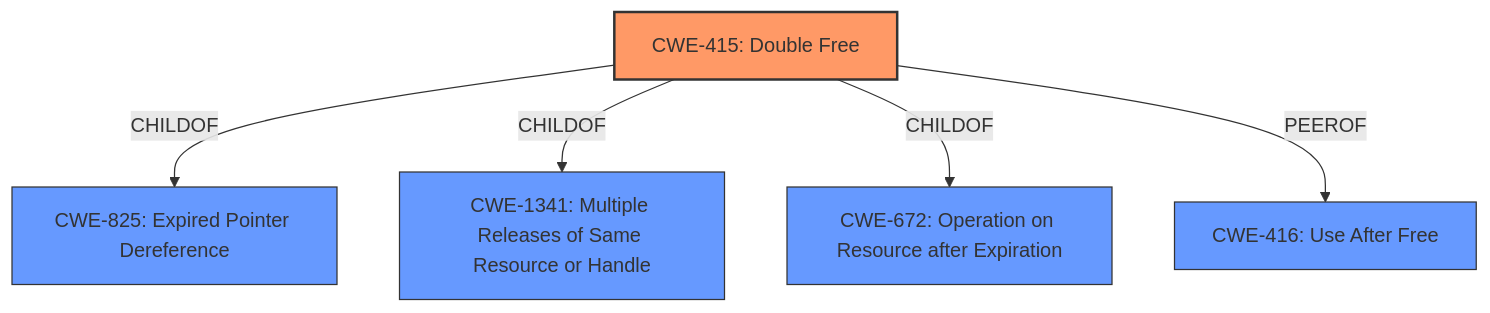
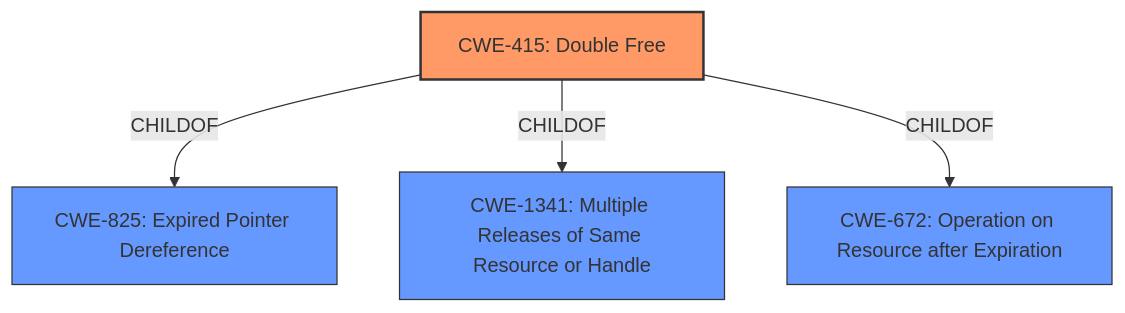
The diagram in CVE-2021-22600/CVE-2021-22600_analysis.md (CyberSecAI/cwe_agent_assign_reports_2023), drawn with Mermaid before and after one commit. The commit also changed other lines of this file and 902 other files, not shown here.

````diff
--- a/CVE-2021-22600/CVE-2021-22600_analysis.md
+++ b/CVE-2021-22600/CVE-2021-22600_analysis.md
@@ -16,18 +17,16 @@
 ```mermaid
 graph TD
     cwe415["CWE-415: Double Free"]
     cwe825["CWE-825: Expired Pointer Dereference"]
     cwe1341["CWE-1341: Multiple Releases of Same Resource or Handle"]
     cwe672["CWE-672: Operation on Resource after Expiration"]
-    cwe416["CWE-416: Use After Free"]
 
     cwe415 -->|CHILDOF| cwe825
     cwe415 -->|CHILDOF| cwe1341
     cwe415 -->|CHILDOF| cwe672
-    cwe415 -->|PEEROF| cwe416
-    
+
     classDef primary fill:#f96,stroke:#333,stroke-width:2px
     classDef secondary fill:#69f,stroke:#333
     class cwe415 primary
-    class cwe825,cwe1341,cwe672,cwe416 secondary
+    class cwe825,cwe1341,cwe672 secondary
 ```
````
